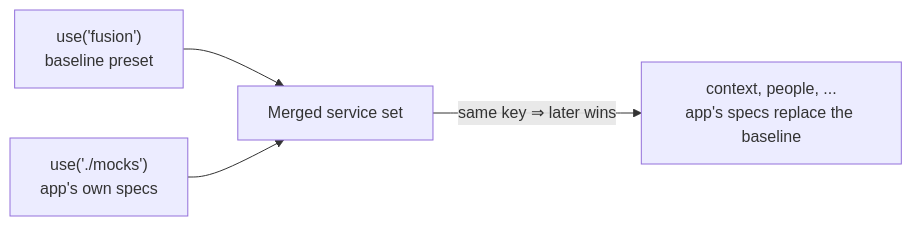
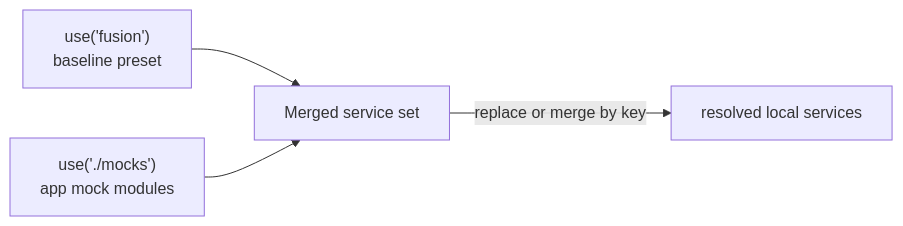
One commit to equinor/fusion-framework changed the diagram in packages/utils/openapi-mock-server/docs/getting-started.md. Above: the diagram before and after it, drawn with Mermaid. The commit also changed other lines of this file and 32 other files, not shown here.

````diff
--- a/packages/utils/openapi-mock-server/docs/getting-started.md
+++ b/packages/utils/openapi-mock-server/docs/getting-started.md
@@ -88,6 +94,6 @@
 ```mermaid
 flowchart LR
     A["use('fusion')<br/>baseline preset"] --> C[Merged service set]
-    B["use('./mocks')<br/>app's own specs"] --> C
-    C -->|"same key ⇒ later wins"| D["context, people, ...<br/>app's specs replace the baseline"]
+    B["use('./mocks')<br/>app mock modules"] --> C
+    C -->|"replace or merge by key"| D["resolved local services"]
 ```
````
